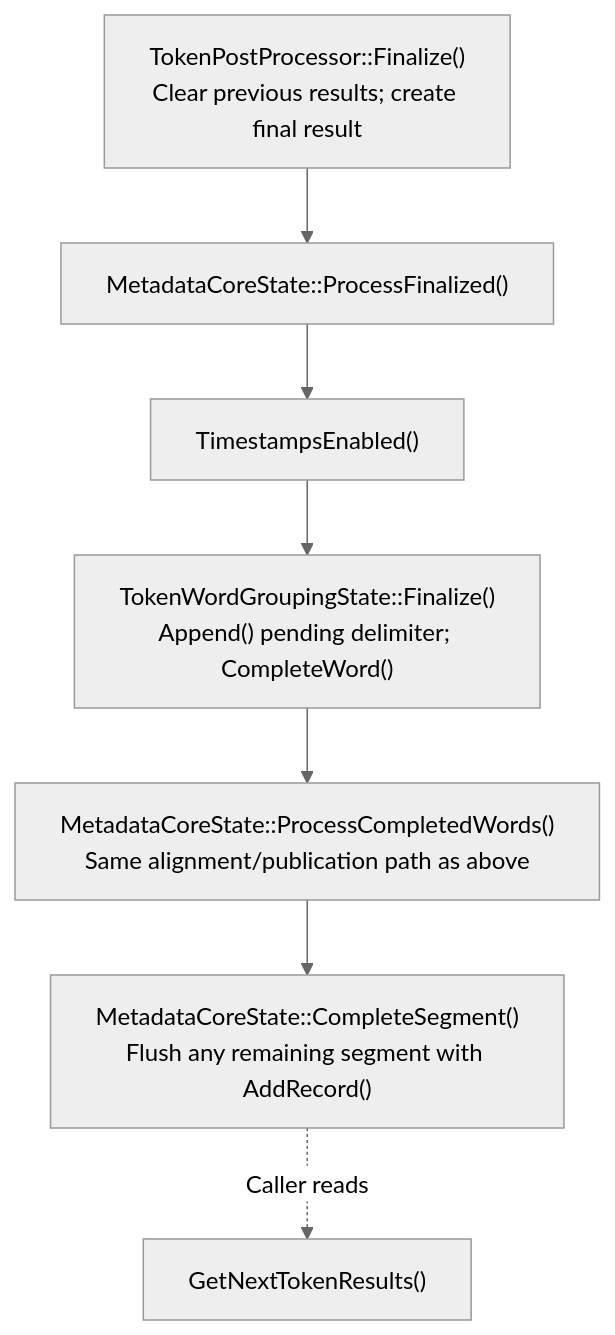
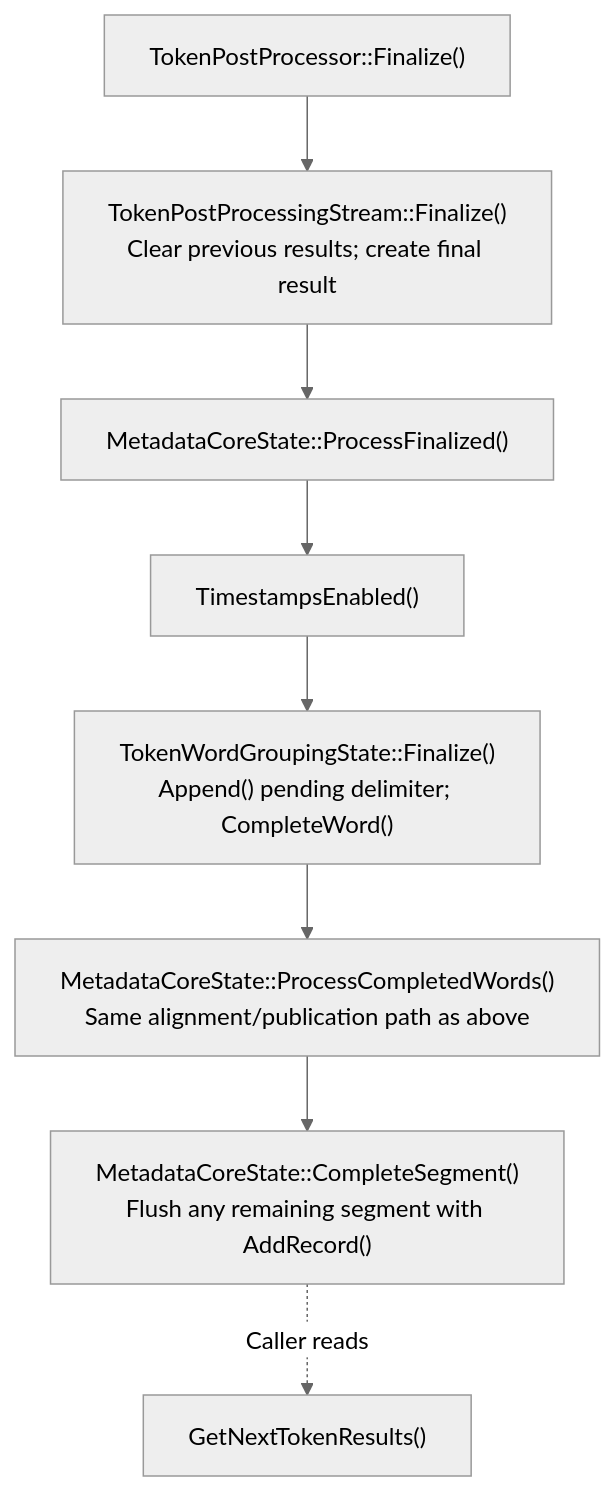
The second of 2 diagrams in docs/metadata_decode.md (microsoft/onnxruntime-genai), drawn with Mermaid (neutral theme) before and after one commit. The commit also changed other lines of this file and 20 other files, not shown here.

````diff
--- a/docs/metadata_decode.md
+++ b/docs/metadata_decode.md
@@ -149,9 +177,10 @@
 ```mermaid
 flowchart TD
-  finalize["TokenPostProcessor::Finalize()<br/>Clear previous results; create final result"] --> state["MetadataCoreState::ProcessFinalized()"]
+  finalize["TokenPostProcessor::Finalize()"] --> stream["TokenPostProcessingStream::Finalize()<br/>Clear previous results; create final result"]
+  stream --> state["MetadataCoreState::ProcessFinalized()"]
   state --> enabled["TimestampsEnabled()"]
   enabled --> group["TokenWordGroupingState::Finalize()<br/>Append() pending delimiter; CompleteWord()"]
   group --> words["MetadataCoreState::ProcessCompletedWords()<br/>Same alignment/publication path as above"]
   words --> segment["MetadataCoreState::CompleteSegment()<br/>Flush any remaining segment with AddRecord()"]
   segment -.->|Caller reads| results["GetNextTokenResults()"]
 ```
````
